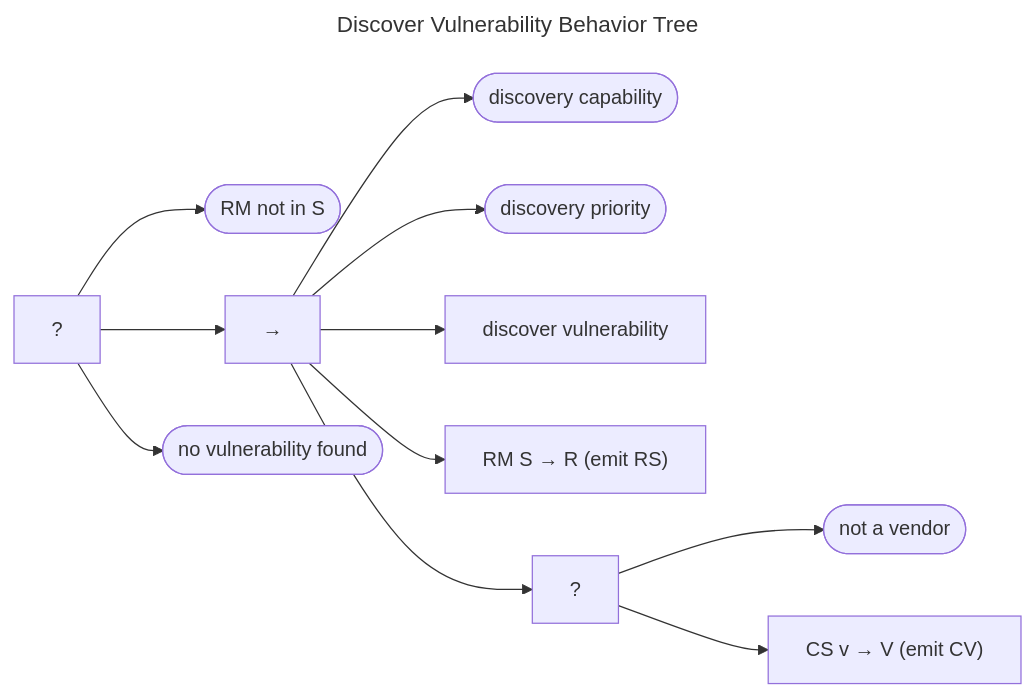
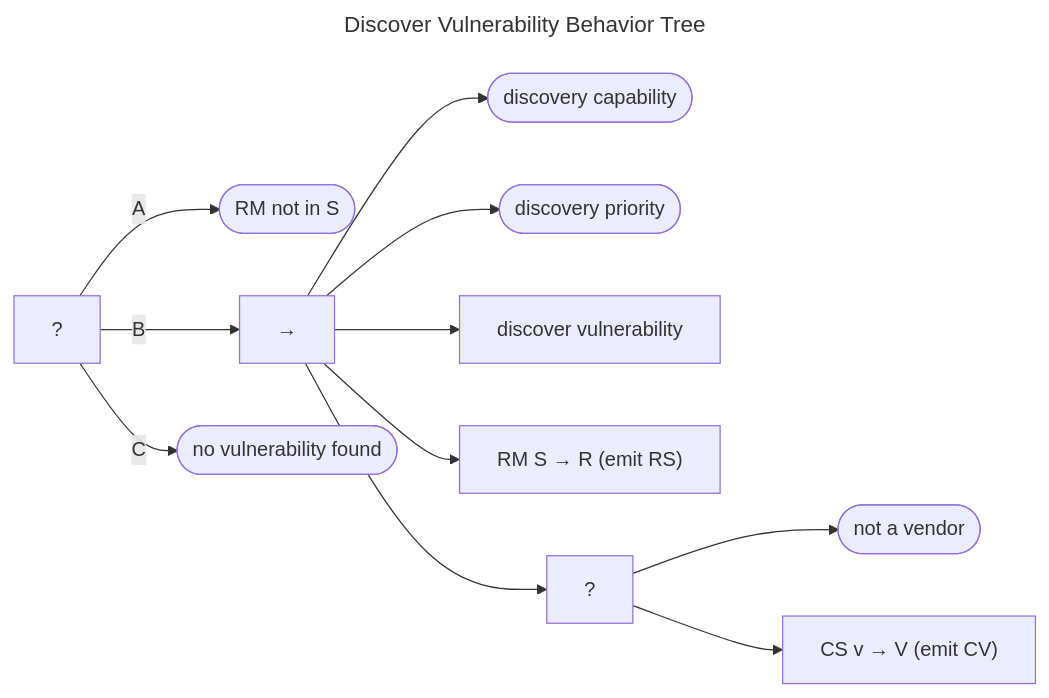
Before and after one commit to CERTCC/Vultron: the diagram in docs/topics/behavior_logic/vuldisco_bt.md, drawn with Mermaid. The commit also changed other lines of this file and 21 other files, not shown here.

````diff
--- a/docs/topics/behavior_logic/vuldisco_bt.md
+++ b/docs/topics/behavior_logic/vuldisco_bt.md
@@ -8,27 +8,27 @@
 ```mermaid
 ---
 title: Discover Vulnerability Behavior Tree
 ---
 flowchart LR
     fallback[?]
     rm_not_s([RM not in S])
-    fallback --> rm_not_s
+    fallback -->|A| rm_not_s
     seq["&rarr;"]
-    fallback --> seq
+    fallback -->|B| seq
     no_vul(["no vulnerability found"])
-    fallback --> no_vul
+    fallback -->|C| no_vul
     capability([discovery capability])
     seq --> capability
     priority([discovery priority])
     seq --> priority
     discover_vul["discover vulnerability"]
     seq --> discover_vul
     rm_to_r["RM S &rarr; R (emit RS)"]
     seq --> rm_to_r
     if_vendor[?]
     seq --> if_vendor
     not_vendor(["not a vendor"])
     if_vendor --> not_vendor
     cs_to_V["CS v &rarr; V (emit CV)"]
     if_vendor --> cs_to_V
 ```
````
